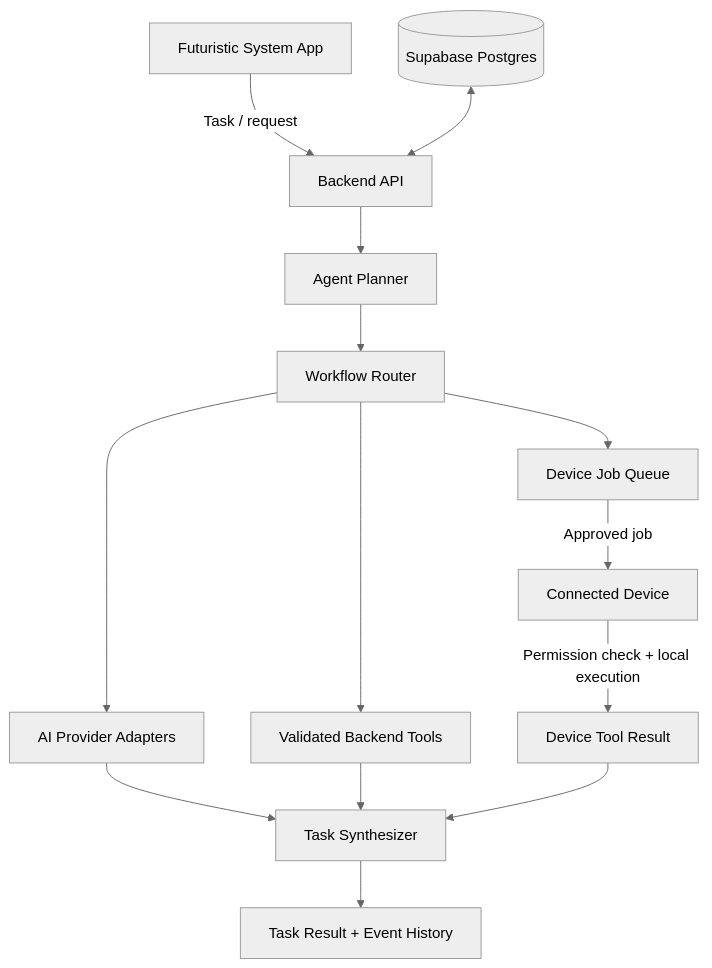
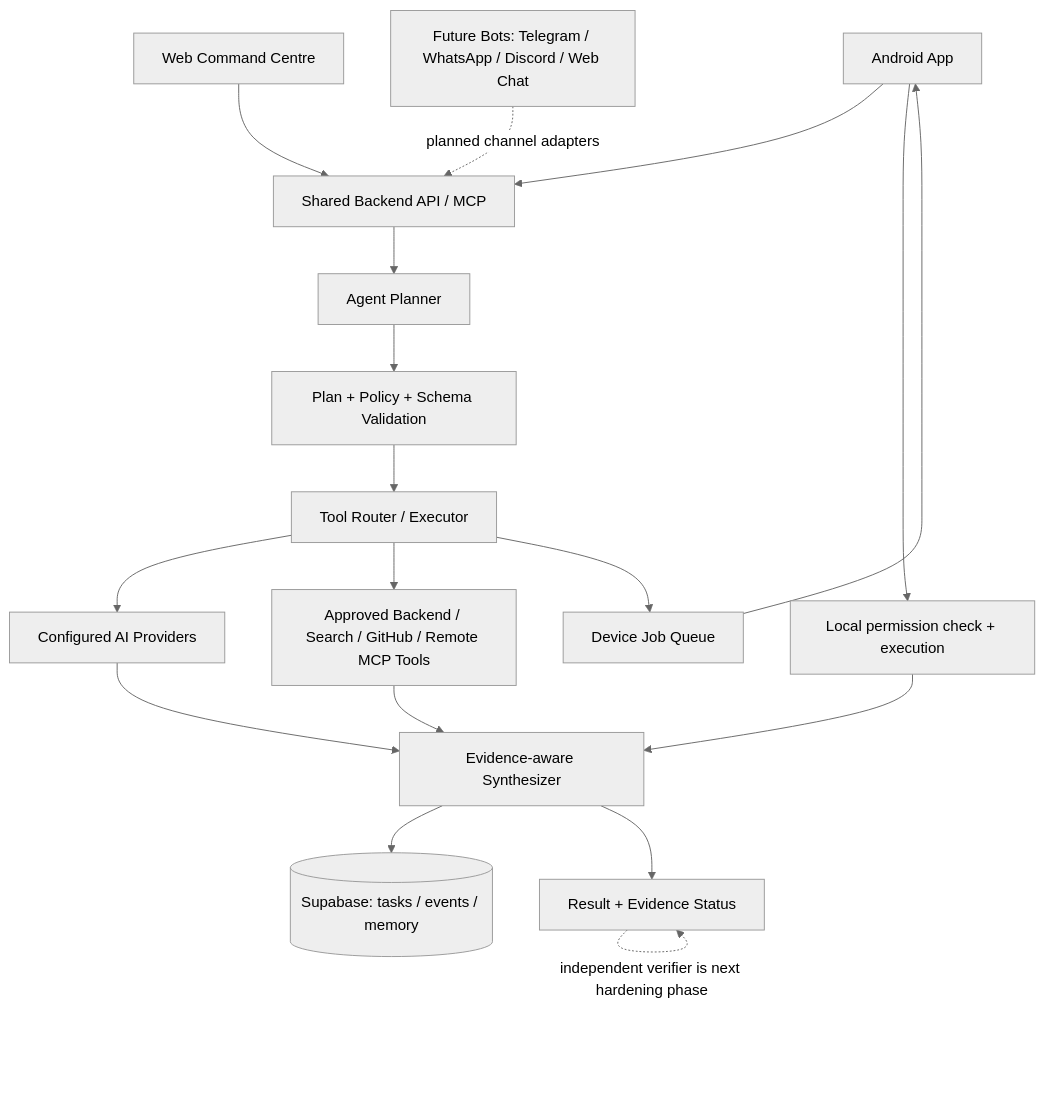
Before and after one commit to kandarpprajapati567-alt/MCP-backend: the diagram in README.md, drawn with Mermaid (neutral theme). The commit also changed other lines of this file, not shown here.

Commit message:
Document Futuristic System architecture, AI sources, backend reach and bot roadmap

````diff
--- a/README.md
+++ b/README.md
@@ -62,16 +70,20 @@
 ```mermaid
 flowchart TD
-    A["Futuristic System App"] -->|"Task / request"| B["Backend API"]
-    B --> C["Agent Planner"]
-    C --> D["Workflow Router"]
-    D --> E["AI Provider Adapters"]
-    D --> F["Validated Backend Tools"]
-    D --> G["Device Job Queue"]
-    E --> H["Task Synthesizer"]
-    F --> H
-    G -->|"Approved job"| I["Connected Device"]
-    I -->|"Permission check + local execution"| J["Device Tool Result"]
-    J --> H
-    K[("Supabase Postgres")] <--> B
-    H --> L["Task Result + Event History"]
+    A["Android App"] --> G["Shared Backend API / MCP"]
+    W["Web Command Centre"] --> G
+    B["Future Bots: Telegram / WhatsApp / Discord / Web Chat"] -. "planned channel adapters" .-> G
+    G --> P["Agent Planner"]
+    P --> V["Plan + Policy + Schema Validation"]
+    V --> R["Tool Router / Executor"]
+    R --> AI["Configured AI Providers"]
+    R --> T["Approved Backend / Search / GitHub / Remote MCP Tools"]
+    R --> Q["Device Job Queue"]
+    Q --> A
+    A --> X["Local permission check + execution"]
+    AI --> S["Evidence-aware Synthesizer"]
+    T --> S
+    X --> S
+    S --> DB[("Supabase: tasks / events / memory")]
+    S --> O["Result + Evidence Status"]
+    O -. "independent verifier is next hardening phase" .-> O
 ```
````
